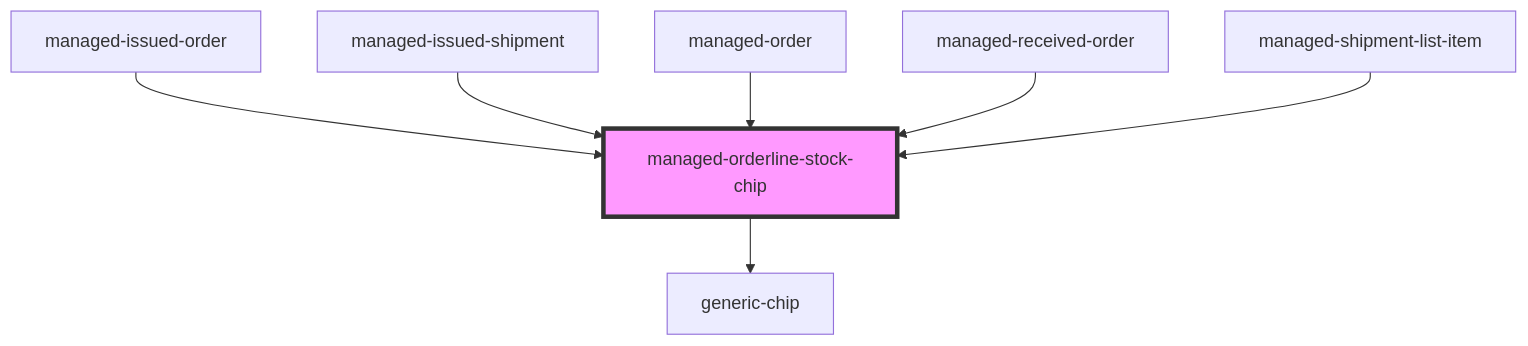
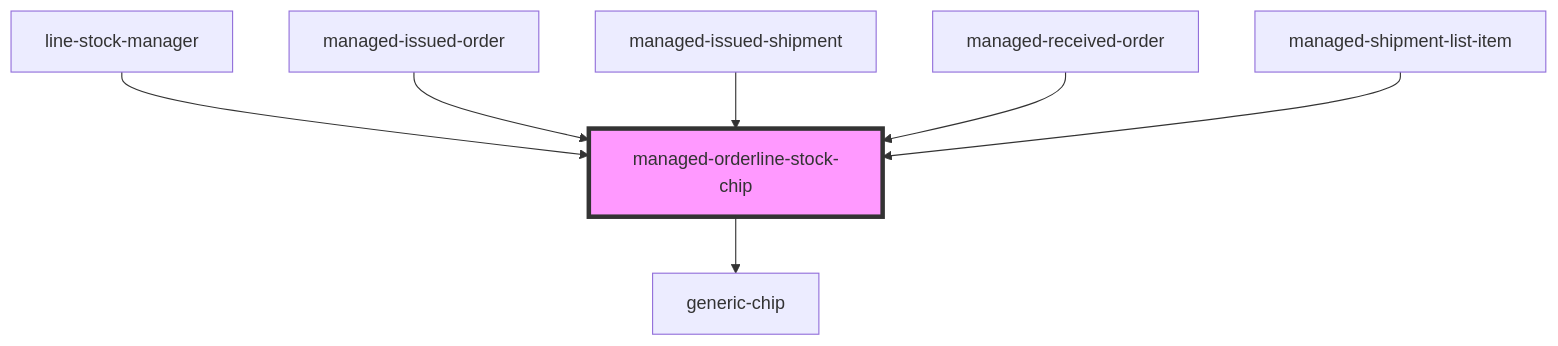
The diagram in pdm-web-components/src/components/managed-orderline-stock-chip/readme.md (PharmaLedger-IMI/fgt-workspace), drawn with Mermaid before and after one commit. The commit also changed other lines of this file and 35 other files, not shown here.

````diff
--- a/pdm-web-components/src/components/managed-orderline-stock-chip/readme.md
+++ b/pdm-web-components/src/components/managed-orderline-stock-chip/readme.md
@@ -43,10 +43,10 @@
 ```mermaid
 graph TD;
   managed-orderline-stock-chip --> generic-chip
+  line-stock-manager --> managed-orderline-stock-chip
   managed-issued-order --> managed-orderline-stock-chip
   managed-issued-shipment --> managed-orderline-stock-chip
-  managed-order --> managed-orderline-stock-chip
   managed-received-order --> managed-orderline-stock-chip
   managed-shipment-list-item --> managed-orderline-stock-chip
   style managed-orderline-stock-chip fill:#f9f,stroke:#333,stroke-width:4px
 ```
````
